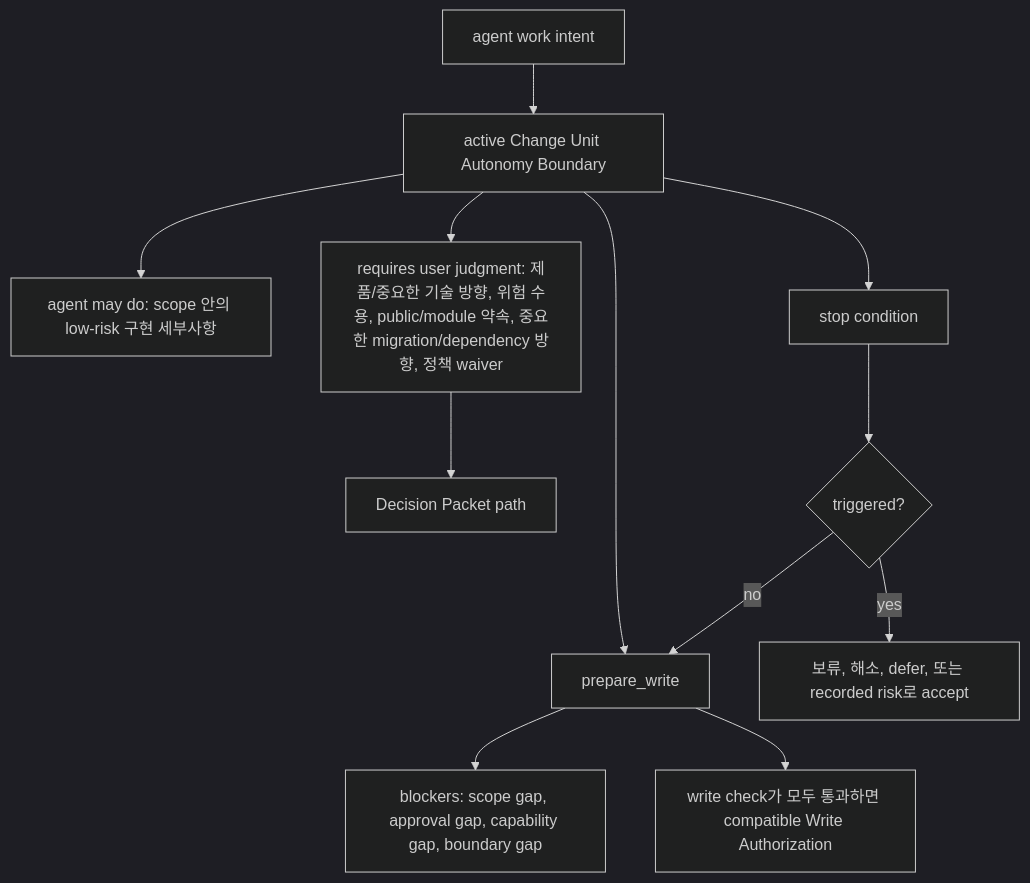
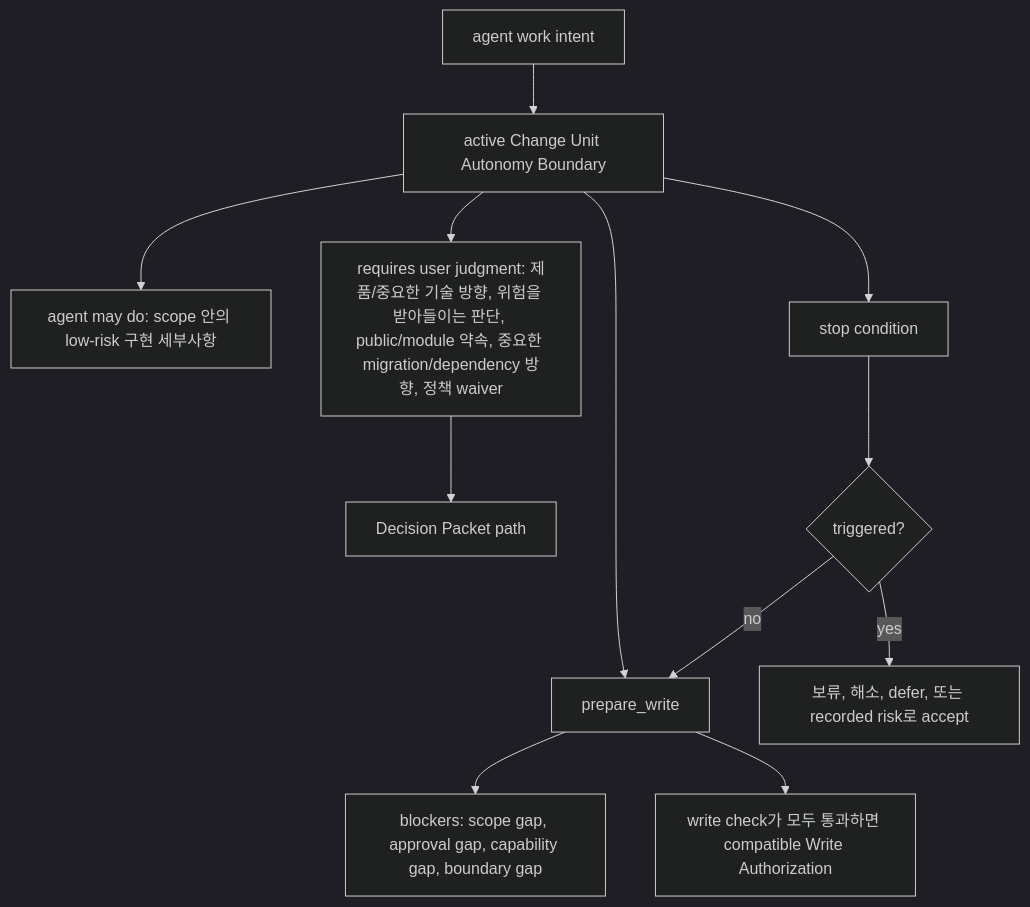
Before and after one commit to minjungw00/Harness_Project: the first of 2 diagrams in docs/ko/reference/design-quality-policies.md, drawn with Mermaid (dark theme). The commit also changed other lines of this file and 7 other files, not shown here.

````diff
--- a/docs/ko/reference/design-quality-policies.md
+++ b/docs/ko/reference/design-quality-policies.md
@@ -185,15 +185,15 @@
 ```mermaid
 flowchart TD
   Intent["agent work intent"] --> Boundary["active Change Unit Autonomy Boundary"]
   Boundary --> MayDo["agent may do: scope 안의 low-risk 구현 세부사항"]
-  Boundary --> UserJudgment["requires user judgment: 제품/중요한 기술 방향, 위험 수용, public/module 약속, 중요한 migration/dependency 방향, 정책 waiver"]
+  Boundary --> UserJudgment["requires user judgment: 제품/중요한 기술 방향, 위험을 받아들이는 판단, public/module 약속, 중요한 migration/dependency 방향, 정책 waiver"]
   Boundary --> Stops["stop condition"]
   Boundary --> Prepare["prepare_write"]
 
   UserJudgment --> Packet["Decision Packet path"]
   Stops --> StopTriggered{"triggered?"}
   StopTriggered -- yes --> Hold["보류, 해소, defer, 또는 recorded risk로 accept"]
   StopTriggered -- no --> Prepare
   Prepare --> Blockers["blockers: scope gap, approval gap, capability gap, boundary gap"]
   Prepare --> WriteAuth["write check가 모두 통과하면 compatible Write Authorization"]
 ```
````
